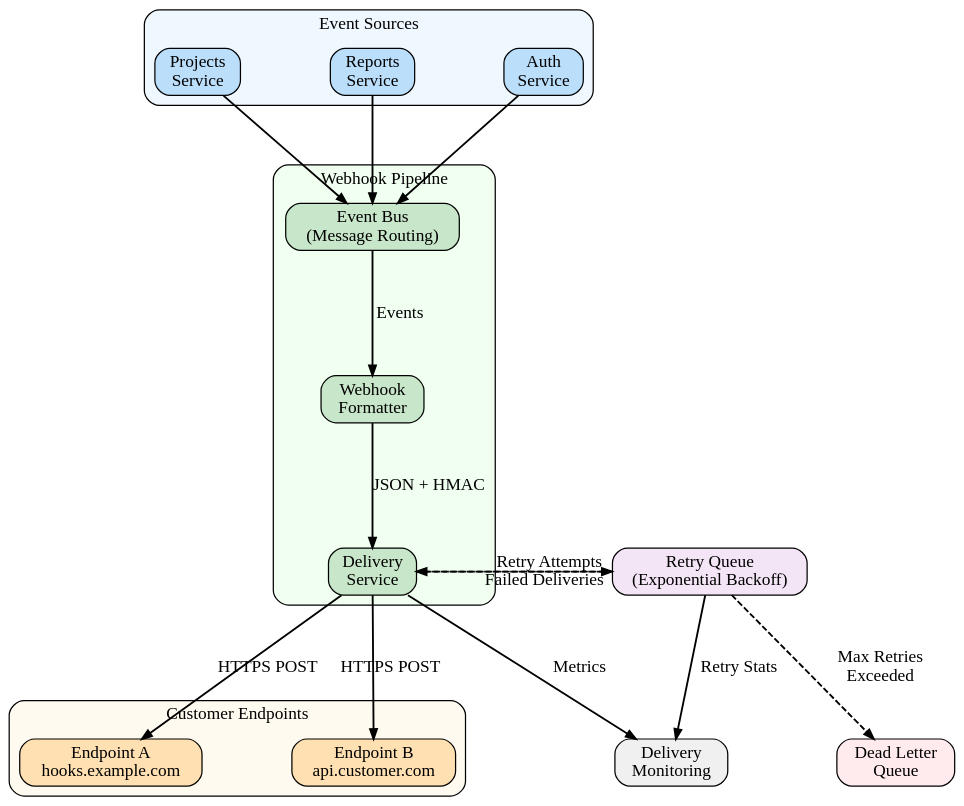
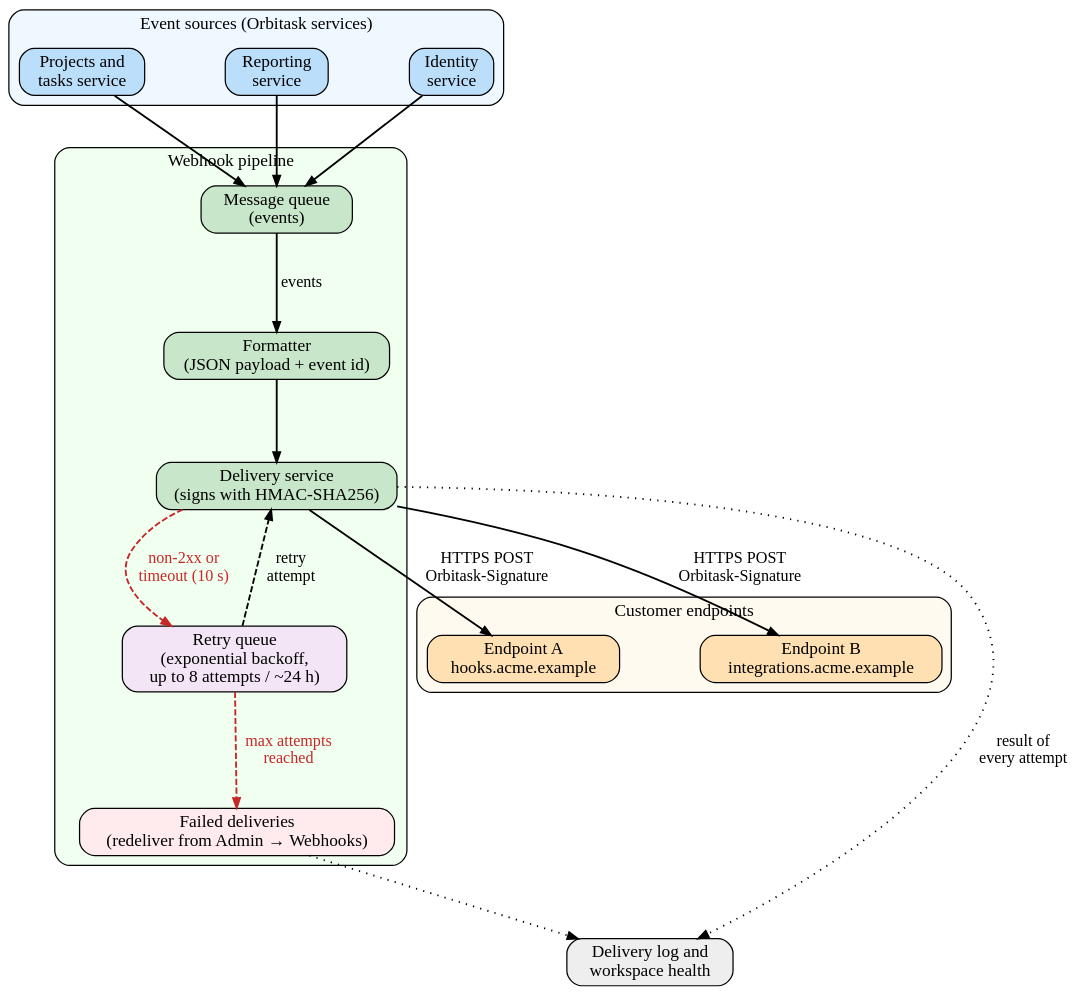
The diagram in src/software-guides/img/webhooks-eventing-topology.dot (KorayErkan/tw-portfolio), drawn with Graphviz before and after one commit. The commit also changed 72 other files, not shown here.

```diff
--- a/src/software-guides/img/webhooks-eventing-topology.dot
+++ b/src/software-guides/img/webhooks-eventing-topology.dot
@@ -1,67 +1,53 @@
 digraph G {
-  graph [rankdir=TD, splines=false, bgcolor="transparent", nodesep=1.0, ranksep=1.2];
+  graph [rankdir=TB, bgcolor="transparent", nodesep=0.9, ranksep=0.9, fontname="Calibri", fontsize=14];
   node [shape=box, style="rounded,filled", fontname="Calibri", fontsize=14];
-  edge [arrowsize=0.8, penwidth=1.5, fontname="Calibri", fontsize=14];
+  edge [arrowsize=0.8, penwidth=1.5, fontname="Calibri", fontsize=13];
 
-  // Event Sources
+  // Event sources
   subgraph cluster_sources {
-    label="Event Sources";
-    style="rounded,filled";
-    fillcolor="#f0f8ff";
-    fontname="Calibri";
-    fontsize=14;
-    projects [label="Projects\nService", fillcolor="#bbdefb"];
-    reports [label="Reports\nService", fillcolor="#bbdefb"];
-    auth [label="Auth\nService", fillcolor="#bbdefb"];
+    label="Event sources (Orbitask services)";
+    style="rounded,filled"; fillcolor="#f0f8ff";
+    projects [label="Projects and\ntasks service", fillcolor="#bbdefb"];
+    reports  [label="Reporting\nservice", fillcolor="#bbdefb"];
+    identity [label="Identity\nservice", fillcolor="#bbdefb"];
   }
 
-  // Processing Pipeline
+  // Delivery pipeline
   subgraph cluster_pipeline {
-    label="Webhook Pipeline";
-    style="rounded,filled";
-    fillcolor="#f0fff0";
-    fontname="Calibri";
-    fontsize=14;
-
-    eventbus [label="Event Bus\n(Message Routing)", fillcolor="#c8e6c9"];
-    formatter [label="Webhook\nFormatter", fillcolor="#c8e6c9"];
-    delivery [label="Delivery\nService", fillcolor="#c8e6c9"];
+    label="Webhook pipeline";
+    style="rounded,filled"; fillcolor="#f0fff0";
+    eventbus  [label="Message queue\n(events)", fillcolor="#c8e6c9"];
+    formatter [label="Formatter\n(JSON payload + event id)", fillcolor="#c8e6c9"];
+    delivery  [label="Delivery service\n(signs with HMAC-SHA256)", fillcolor="#c8e6c9"];
+    retry_queue [label="Retry queue\n(exponential backoff,\nup to 8 attempts / ~24 h)", fillcolor="#f3e5f5"];
+    dead_letter [label="Failed deliveries\n(redeliver from Admin → Webhooks)", fillcolor="#ffebee"];
   }
 
-  // Destination
+  // Customer endpoints
   subgraph cluster_destinations {
-    label="Customer Endpoints";
-    style="rounded,filled";
-    fillcolor="#fffaf0";
-    fontname="Calibri";
-    fontsize=14;
-
-    endpoint1 [label="Endpoint A\nhooks.example.com", fillcolor="#ffe0b2"];
-    endpoint2 [label="Endpoint B\napi.customer.com", fillcolor="#ffe0b2"];
+    label="Customer endpoints";
+    style="rounded,filled"; fillcolor="#fffaf0";
+    endpoint1 [label="Endpoint A\nhooks.acme.example", fillcolor="#ffe0b2"];
+    endpoint2 [label="Endpoint B\nintegrations.acme.example", fillcolor="#ffe0b2"];
   }
 
-  // Reliability Components
-  retry_queue [label="Retry Queue\n(Exponential Backoff)", fillcolor="#f3e5f5"];
-  dead_letter [label="Dead Letter\nQueue", fillcolor="#ffebee"];
-  monitoring [label="Delivery\nMonitoring", fillcolor="#f0f0f0"];
+  monitoring [label="Delivery log and\nworkspace health", fillcolor="#eeeeee"];
 
-  // Main flow
   projects -> eventbus;
-  reports -> eventbus;
-  auth -> eventbus;
+  reports  -> eventbus;
+  identity -> eventbus;
 
-  eventbus -> formatter [label="Events"];
-  formatter -> delivery [label="JSON + HMAC"];
+  eventbus  -> formatter [label="events"];
+  formatter -> delivery;
 
-  delivery -> endpoint1 [label="HTTPS POST"];
-  delivery -> endpoint2 [label="HTTPS POST"];
+  delivery -> endpoint1 [label="HTTPS POST\nOrbitask-Signature"];
+  delivery -> endpoint2 [label="HTTPS POST\nOrbitask-Signature"];
 
-  // Error handling
-  delivery -> retry_queue [headlabel="Retry Attempts", style=dashed];
-  retry_queue -> delivery  [taillabel="Failed Deliveries", style=dashed];
-  retry_queue -> dead_letter [label="Max Retries\nExceeded", style=dashed];
+  // Error handling: failures go to the retry queue; the queue re-attempts delivery
+  delivery    -> retry_queue [label="non-2xx or\ntimeout (10 s)", style=dashed, color="#c62828", fontcolor="#c62828"];
+  retry_queue -> delivery    [label="retry\nattempt", style=dashed];
+  retry_queue -> dead_letter [label="max attempts\nreached", style=dashed, color="#c62828", fontcolor="#c62828"];
 
-  // Monitoring
-  delivery -> monitoring [label="Metrics"];
-  retry_queue -> monitoring [label="Retry Stats"];
+  delivery    -> monitoring [label="result of\nevery attempt", style=dotted];
+  dead_letter -> monitoring [style=dotted];
 }
```
